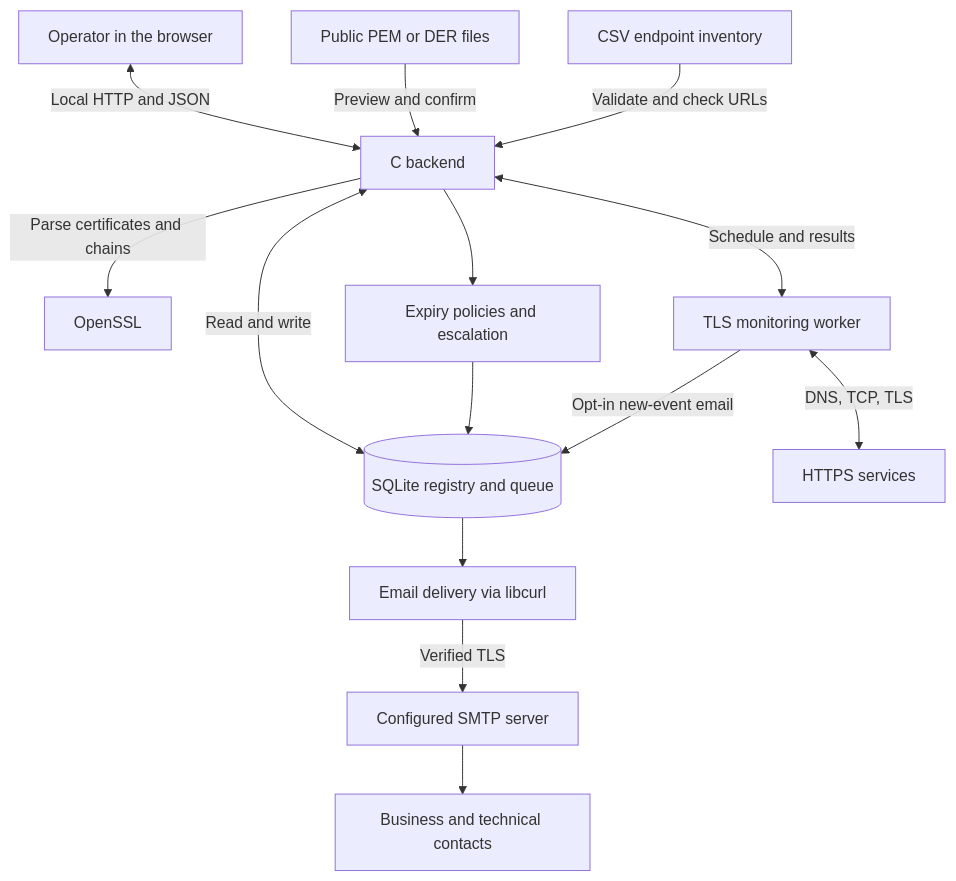
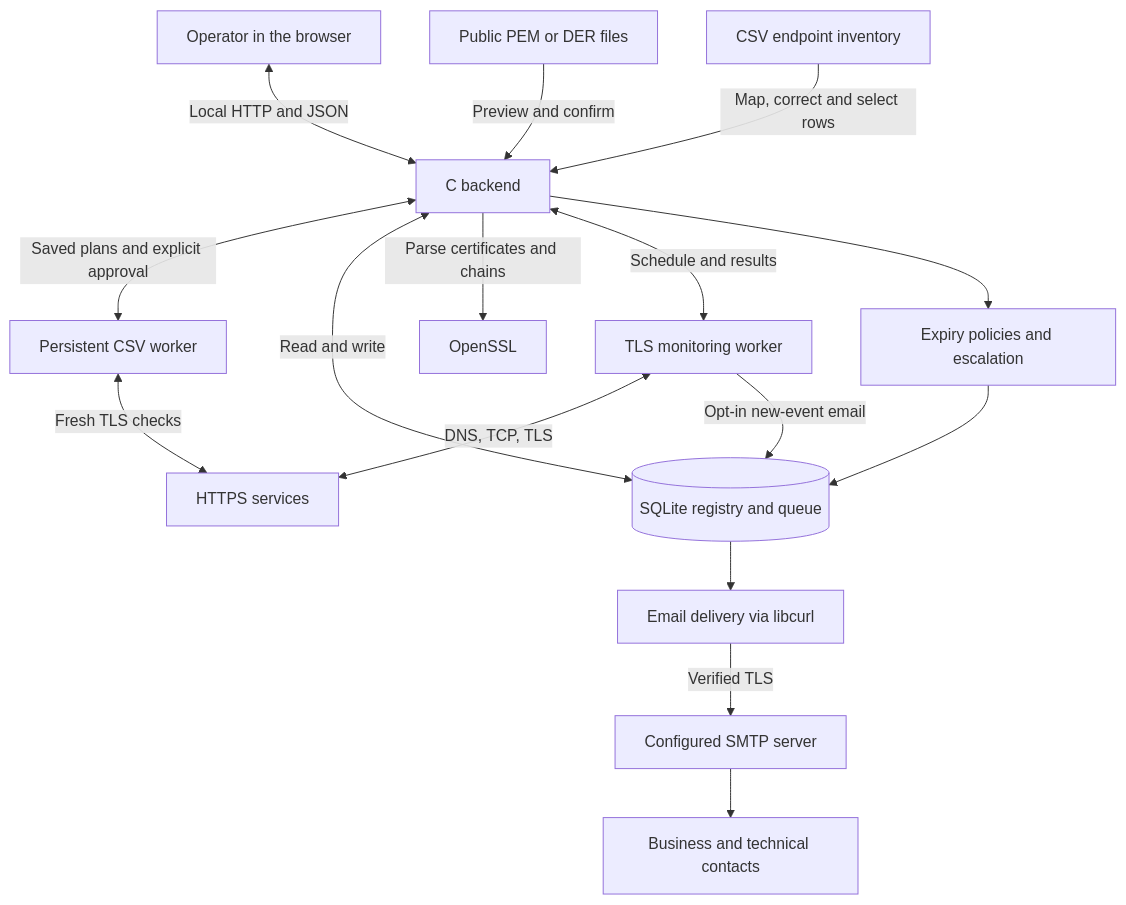
One commit to GiorgioOppo/Certificate-Manager changed the first of 3 diagrams in docs/WORKFLOW.md. Above: the diagram before and after it, drawn with Mermaid. The commit also changed other lines of this file and 46 other files, not shown here.

````diff
--- a/docs/WORKFLOW.md
+++ b/docs/WORKFLOW.md
@@ -11,16 +11,18 @@
 ```mermaid
 flowchart TD
     User["Operator in the browser"] <-->|Local HTTP and JSON| Backend["C backend"]
     Files["Public PEM or DER files"] -->|Preview and confirm| Backend
-    CSV["CSV endpoint inventory"] -->|Validate and check URLs| Backend
+    CSV["CSV endpoint inventory"] -->|Map, correct and select rows| Backend
+    Backend <-->|Saved plans and explicit approval| Batch["Persistent CSV worker"]
+    Batch <-->|Fresh TLS checks| Services
     Backend <-->|Read and write| DB[("SQLite registry and queue")]
     Backend -->|Parse certificates and chains| X509["OpenSSL"]
     Backend <-->|Schedule and results| Monitor["TLS monitoring worker"]
     Monitor <-->|DNS, TCP, TLS| Services["HTTPS services"]
     Backend --> Rules["Expiry policies and escalation"]
     Rules --> DB
     Monitor -->|Opt-in new-event email| DB
     DB --> Mail["Email delivery via libcurl"]
     Mail -->|Verified TLS| SMTP["Configured SMTP server"]
     SMTP --> Contacts["Business and technical contacts"]
 ```
````
